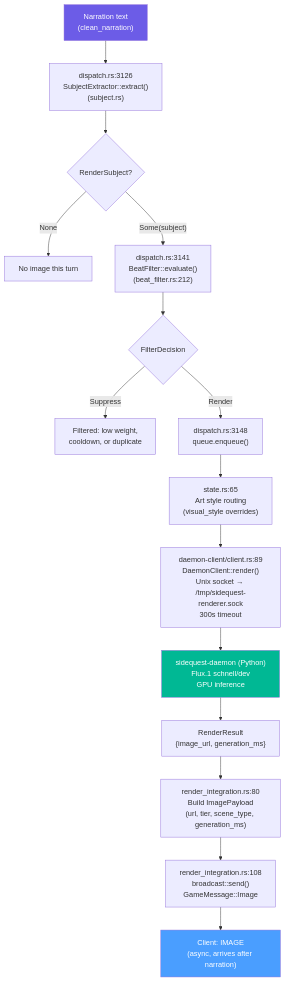
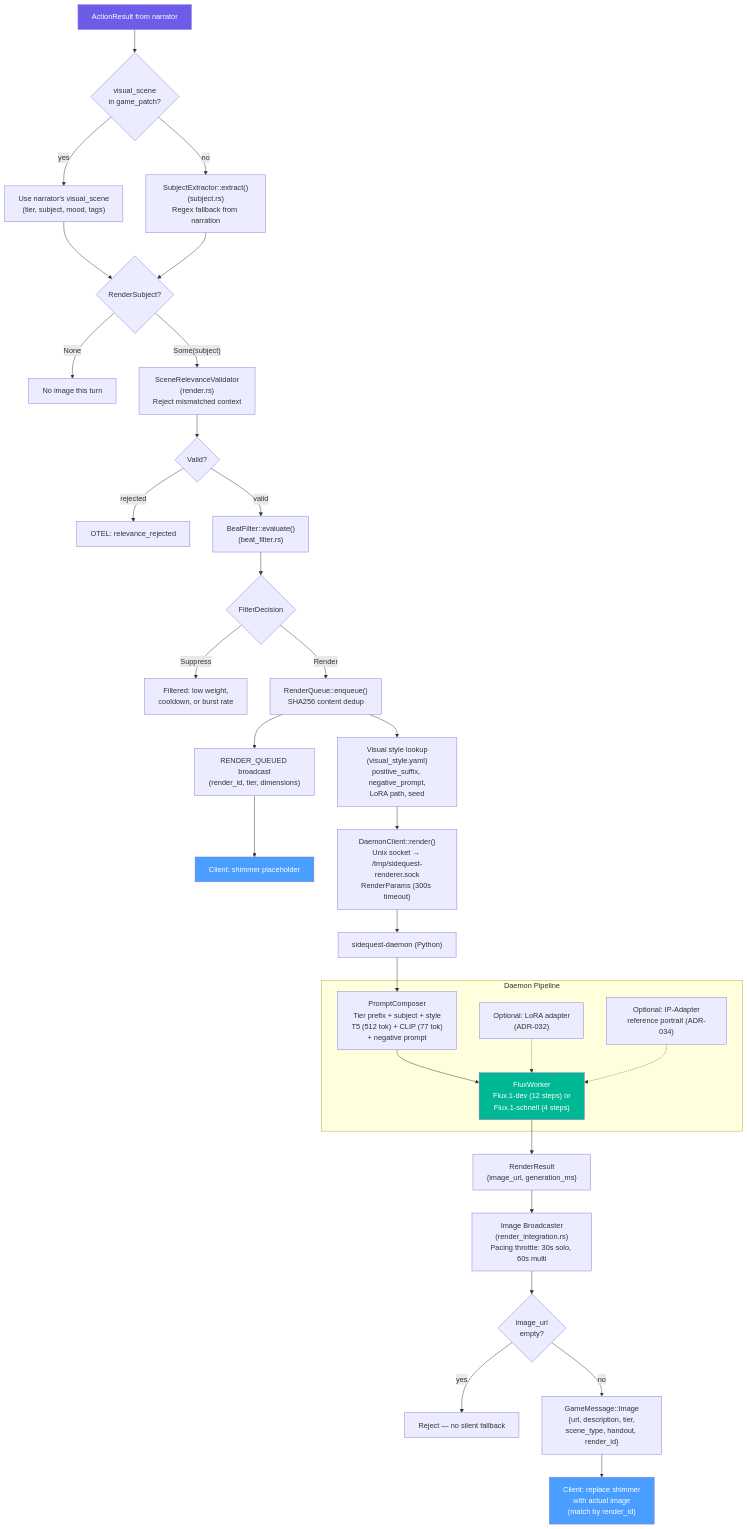
The third of 16 diagrams in docs/wiring-diagrams.md (slabgorb/orc-quest), drawn with Mermaid before and after one commit. The commit also changed other lines of this file and 1 other file, not shown here.

First line of the commit message:
docs: update CLAUDE.md and wiring diagrams to match current codebase

````diff
--- a/docs/wiring-diagrams.md
+++ b/docs/wiring-diagrams.md
@@ -90,25 +185,50 @@
 ```mermaid
 flowchart TD
-    A["Narration text<br/>(clean_narration)"] --> B["dispatch.rs:3126<br/>SubjectExtractor::extract()<br/>(subject.rs)"]
-    B --> C{"RenderSubject?"}
-    C -->|"None"| Z1["No image this turn"]
-    C -->|"Some(subject)"| D["dispatch.rs:3141<br/>BeatFilter::evaluate()<br/>(beat_filter.rs:212)"]
+    A["ActionResult from narrator"] --> B{"visual_scene<br/>in game_patch?"}
+    B -->|"yes"| C["Use narrator's visual_scene<br/>(tier, subject, mood, tags)"]
+    B -->|"no"| D["SubjectExtractor::extract()<br/>(subject.rs)<br/>Regex fallback from narration"]
+    C & D --> E{"RenderSubject?"}
+    E -->|"None"| Z1["No image this turn"]
+    E -->|"Some(subject)"| F["SceneRelevanceValidator<br/>(render.rs)<br/>Reject mismatched context"]
 
-    D --> E{"FilterDecision"}
-    E -->|"Suppress"| Z2["Filtered: low weight,<br/>cooldown, or duplicate"]
-    E -->|"Render"| F["dispatch.rs:3148<br/>queue.enqueue()"]
+    F --> G{"Valid?"}
+    G -->|"rejected"| Z3["OTEL: relevance_rejected"]
+    G -->|"valid"| H["BeatFilter::evaluate()<br/>(beat_filter.rs)"]
 
-    F --> G["state.rs:65<br/>Art style routing<br/>(visual_style overrides)"]
-    G --> H["daemon-client/client.rs:89<br/>DaemonClient::render()<br/>Unix socket → /tmp/sidequest-renderer.sock<br/>300s timeout"]
+    H --> I{"FilterDecision"}
+    I -->|"Suppress"| Z2["Filtered: low weight,<br/>cooldown, or burst rate"]
+    I -->|"Render"| J["RenderQueue::enqueue()<br/>SHA256 content dedup"]
 
-    H --> I["sidequest-daemon (Python)<br/>Flux.1 schnell/dev<br/>GPU inference"]
-    I --> J["RenderResult<br/>{image_url, generation_ms}"]
+    J --> K["RENDER_QUEUED broadcast<br/>(render_id, tier, dimensions)"]
+    K --> K2["Client: shimmer placeholder"]
 
-    J --> K["render_integration.rs:80<br/>Build ImagePayload<br/>(url, tier, scene_type, generation_ms)"]
-    K --> L["render_integration.rs:108<br/>broadcast::send()<br/>GameMessage::Image"]
-    L --> M["Client: IMAGE<br/>(async, arrives after narration)"]
+    J --> L["Visual style lookup<br/>(visual_style.yaml)<br/>positive_suffix, negative_prompt,<br/>LoRA path, seed"]
+    L --> M["DaemonClient::render()<br/>Unix socket → /tmp/sidequest-renderer.sock<br/>RenderParams (300s timeout)"]
+
+    M --> N["sidequest-daemon (Python)"]
+
+    subgraph DAEMON["Daemon Pipeline"]
+        N1["PromptComposer<br/>Tier prefix + subject + style<br/>T5 (512 tok) + CLIP (77 tok)<br/>+ negative prompt"]
+        N2["FluxWorker<br/>Flux.1-dev (12 steps) or<br/>Flux.1-schnell (4 steps)"]
+        N3["Optional: LoRA adapter<br/>(ADR-032)"]
+        N4["Optional: IP-Adapter<br/>reference portrait (ADR-034)"]
+        N1 --> N2
+        N3 -.-> N2
+        N4 -.-> N2
+    end
+    N --> N1
+
+    N2 --> O["RenderResult<br/>{image_url, generation_ms}"]
+
+    O --> P["Image Broadcaster<br/>(render_integration.rs)<br/>Pacing throttle: 30s solo, 60s multi"]
+    P --> Q{"image_url<br/>empty?"}
+    Q -->|"yes"| Z4["Reject — no silent fallback"]
+    Q -->|"no"| R["GameMessage::Image<br/>{url, description, tier,<br/>scene_type, handout, render_id}"]
+
+    R --> S["Client: replace shimmer<br/>with actual image<br/>(match by render_id)"]
 
     style A fill:#6c5ce7,color:#fff
-    style M fill:#4a9eff,color:#fff
-    style I fill:#00b894,color:#fff
+    style S fill:#4a9eff,color:#fff
+    style K2 fill:#4a9eff,color:#fff
+    style N2 fill:#00b894,color:#fff
 ```
````
